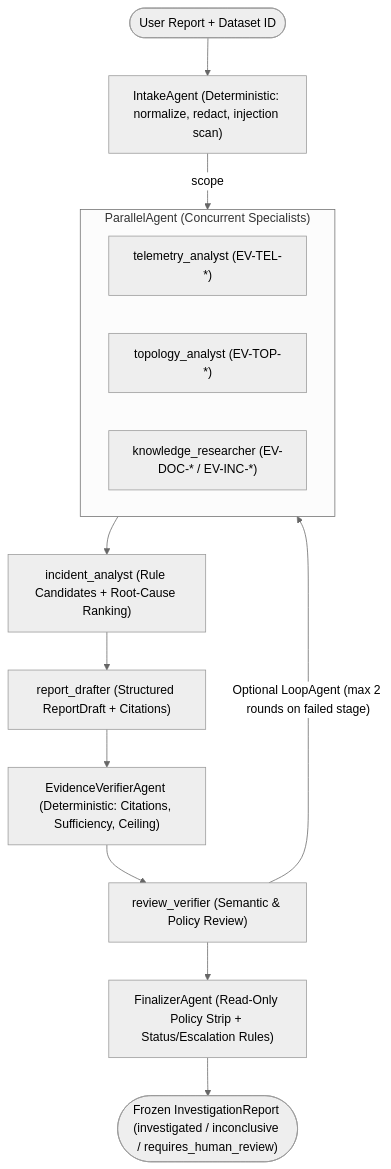
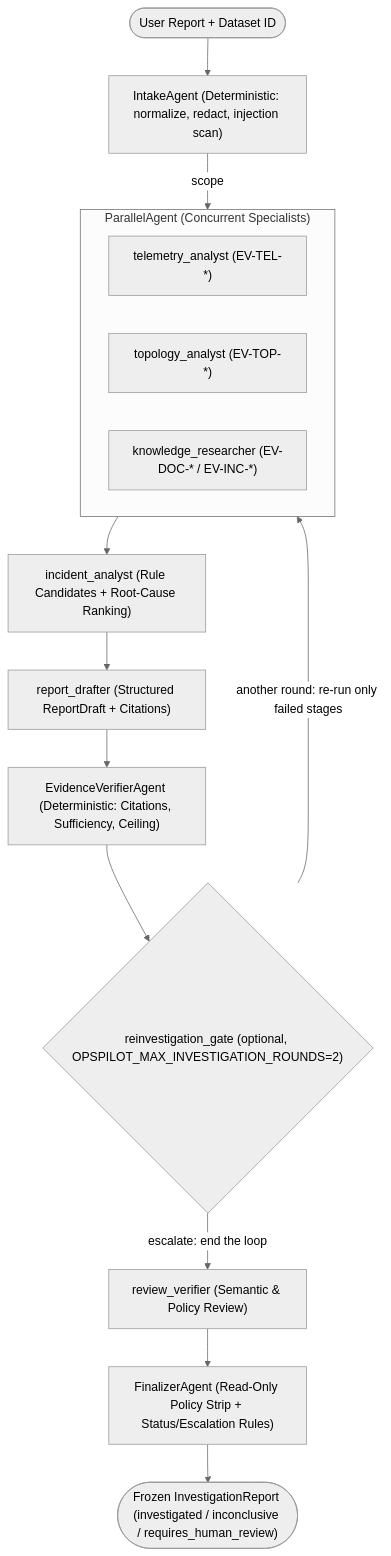
One commit to AshraHossain/agent-system changed the second of 3 diagrams in README.md. Above: the diagram before and after it, drawn with Mermaid (neutral theme).

First paragraph of the commit message:
docs(readme): correct the retry loop boundary in the ADK orchestration diagram
The new orchestration diagram drew the re-investigation loop closing at
review_verifier:

````diff
--- a/README.md
+++ b/README.md
@@ -72,20 +72,21 @@
 ```mermaid
 flowchart TD
     IN(["User Report + Dataset ID"]) --> INTAKE["IntakeAgent (Deterministic: normalize, redact, injection scan)"]
     INTAKE -->|scope| PAR
 
     subgraph PAR["ParallelAgent (Concurrent Specialists)"]
         direction LR
         TEL["telemetry_analyst (EV-TEL-*)"]
         TOP["topology_analyst (EV-TOP-*)"]
         KNO["knowledge_researcher (EV-DOC-* / EV-INC-*)"]
     end
 
     PAR --> INC["incident_analyst (Rule Candidates + Root-Cause Ranking)"]
     INC --> DRAFT["report_drafter (Structured ReportDraft + Citations)"]
     DRAFT --> EVER["EvidenceVerifierAgent (Deterministic: Citations, Sufficiency, Ceiling)"]
-    EVER --> RVER["review_verifier (Semantic & Policy Review)"]
-    RVER -->|"Optional LoopAgent (max 2 rounds on failed stage)"| PAR
+    EVER --> GATE{"reinvestigation_gate (optional, OPSPILOT_MAX_INVESTIGATION_ROUNDS=2)"}
+    GATE -->|"another round: re-run only failed stages"| PAR
+    GATE -->|"escalate: end the loop"| RVER["review_verifier (Semantic & Policy Review)"]
     RVER --> FIN["FinalizerAgent (Read-Only Policy Strip + Status/Escalation Rules)"]
     FIN --> OUT(["Frozen InvestigationReport (investigated / inconclusive / requires_human_review)"])
 ```
````
